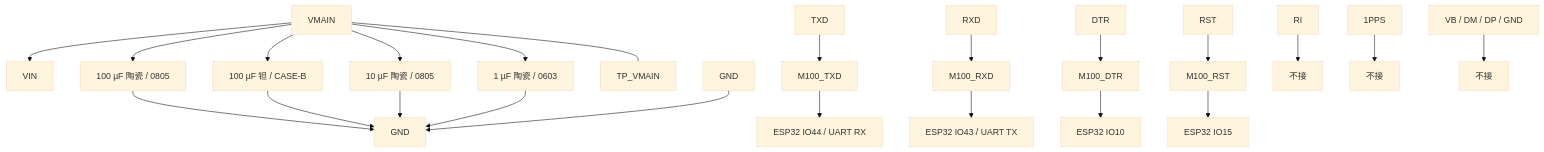
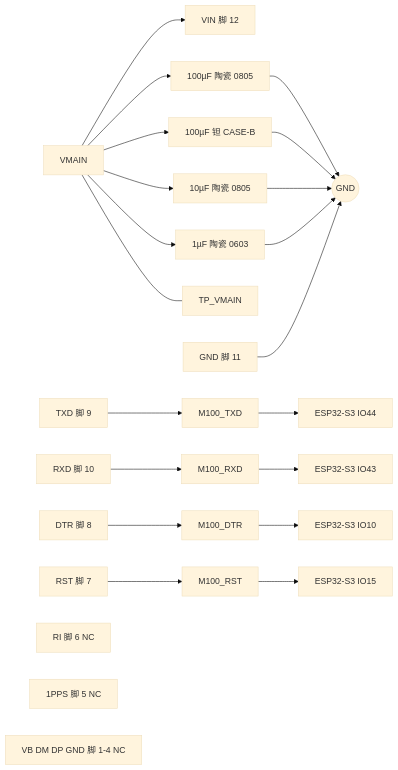
Before and after one commit to zhanghongchen1213/Electronic_Wooden_Fish: the diagram in docs/hardware/外围电路设计/M100EG-C2外围电路设计与接线.md, drawn with Mermaid (base theme). The commit also changed other lines of this file and 9 other files, not shown here.

````diff
--- a/docs/hardware/外围电路设计/M100EG-C2外围电路设计与接线.md
+++ b/docs/hardware/外围电路设计/M100EG-C2外围电路设计与接线.md
@@ -63,23 +64,25 @@
 ```mermaid
-graph TB
-  VMAIN["VMAIN"]
-  GND["GND"]
-
-  VMAIN --> PIN_VIN["VIN"]
-  VMAIN --> CAP_MLCC["100 µF 陶瓷 / 0805"] --> GND
-  VMAIN --> CAP_TANT["100 µF 钽 / CASE-B"] --> GND
-  VMAIN --> CAP_MID["10 µF 陶瓷 / 0805"] --> GND
-  VMAIN --> CAP_HF["1 µF 陶瓷 / 0603"] --> GND
-  VMAIN --- TP_VMAIN["TP_VMAIN"]
-
-  PIN_GND["GND"] --> GND
-
-  PIN_TXD["TXD"] --> NET_TXD["M100_TXD"] --> ESP_RX["ESP32 IO44 / UART RX"]
-  PIN_RXD["RXD"] --> NET_RXD["M100_RXD"] --> ESP_TX["ESP32 IO43 / UART TX"]
-  PIN_DTR["DTR"] --> NET_DTR["M100_DTR"] --> ESP_DTR["ESP32 IO10"]
-  PIN_RST["RST"] --> NET_RST["M100_RST"] --> ESP_RST["ESP32 IO15"]
-
-  PIN_RI["RI"] --> NC_RI["不接"]
-  PIN_PPS["1PPS"] --> NC_PPS["不接"]
-  PIN_USB["VB / DM / DP / GND"] --> NC_USB["不接"]
+flowchart LR
+  VMAIN[VMAIN] --> VIN[VIN 脚 12]
+  VMAIN --> CAP_MLCC[100µF 陶瓷 0805]
+  CAP_MLCC --> GND((GND))
+  VMAIN --> CAP_TANT[100µF 钽 CASE-B]
+  CAP_TANT --> GND
+  VMAIN --> CAP_MID[10µF 陶瓷 0805]
+  CAP_MID --> GND
+  VMAIN --> CAP_HF[1µF 陶瓷 0603]
+  CAP_HF --> GND
+  VMAIN --- TP_VMAIN[TP_VMAIN]
+  PIN_GND[GND 脚 11] --> GND
+  PIN_TXD[TXD 脚 9] --> NET_TXD[M100_TXD]
+  NET_TXD --> IO44[ESP32-S3 IO44]
+  PIN_RXD[RXD 脚 10] --> NET_RXD[M100_RXD]
+  NET_RXD --> IO43[ESP32-S3 IO43]
+  PIN_DTR[DTR 脚 8] --> NET_DTR[M100_DTR]
+  NET_DTR --> IO10[ESP32-S3 IO10]
+  PIN_RST[RST 脚 7] --> NET_RST[M100_RST]
+  NET_RST --> IO15[ESP32-S3 IO15]
+  PIN_RI[RI 脚 6 NC]
+  PIN_PPS[1PPS 脚 5 NC]
+  PIN_USB[VB DM DP GND 脚 1-4 NC]
 ```
````
